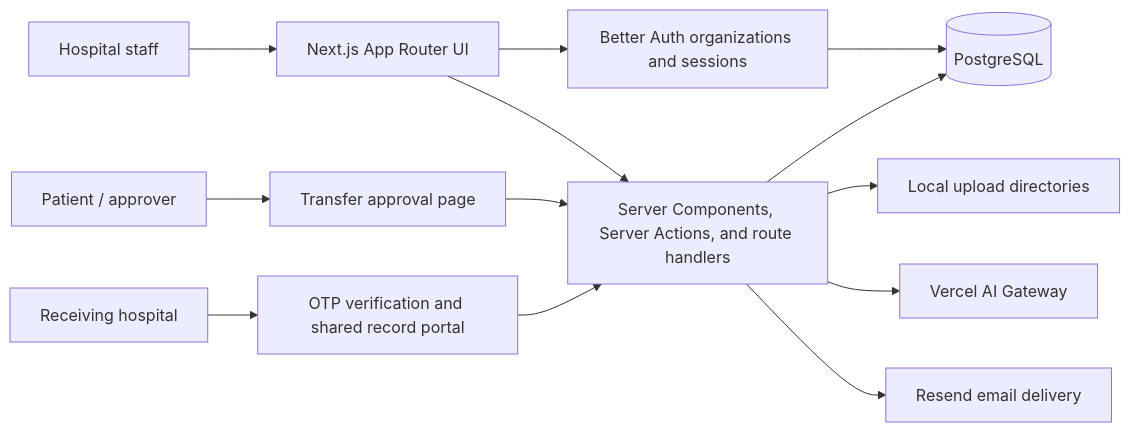
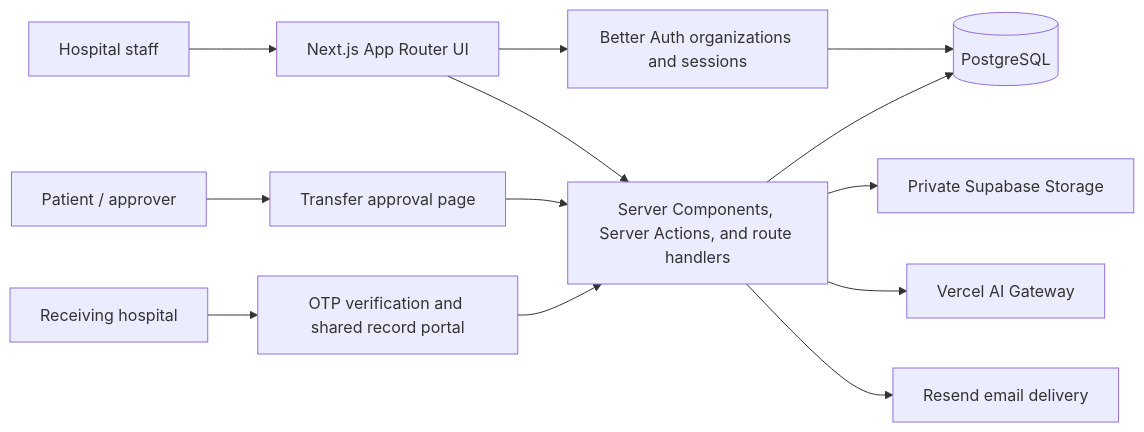
The diagram in README.md (Chibuike-web/medibridge), drawn with Mermaid before and after one commit. The commit also changed other lines of this file and 72 other files, not shown here.

First line of the commit message:
Store patient and hospital files in private Supabase Storage (#11)

````diff
--- a/README.md
+++ b/README.md
@@ -87,17 +87,17 @@
 ```mermaid
 flowchart LR
     Staff["Hospital staff"] --> App["Next.js App Router UI"]
     Approver["Patient / approver"] --> Approval["Transfer approval page"]
     Recipient["Receiving hospital"] --> Verify["OTP verification and shared record portal"]
 
     App --> Auth["Better Auth organizations and sessions"]
     App --> Server["Server Components, Server Actions, and route handlers"]
     Approval --> Server
     Verify --> Server
 
     Auth --> DB[("PostgreSQL")]
     Server --> DB
-    Server --> Files["Local upload directories"]
+    Server --> Files["Private Supabase Storage"]
     Server --> AI["Vercel AI Gateway"]
     Server --> Email["Resend email delivery"]
 ```
````
